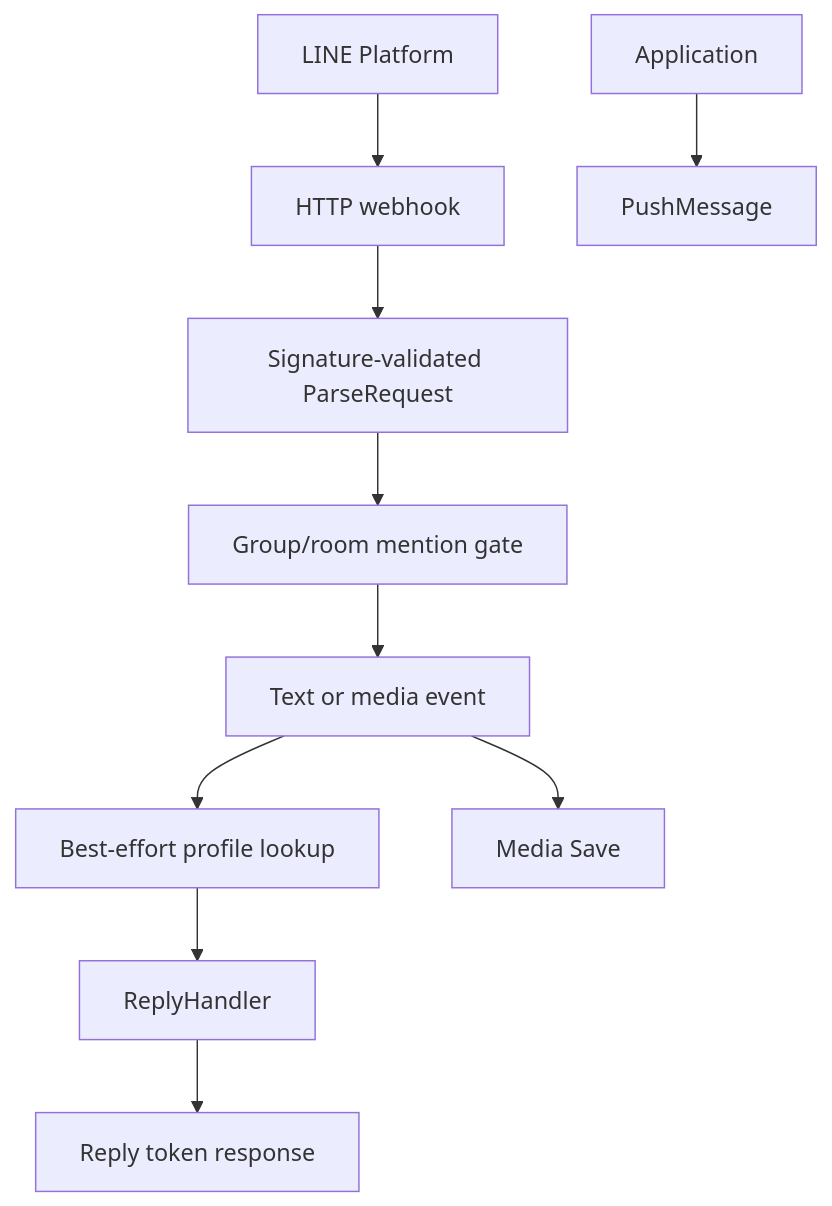
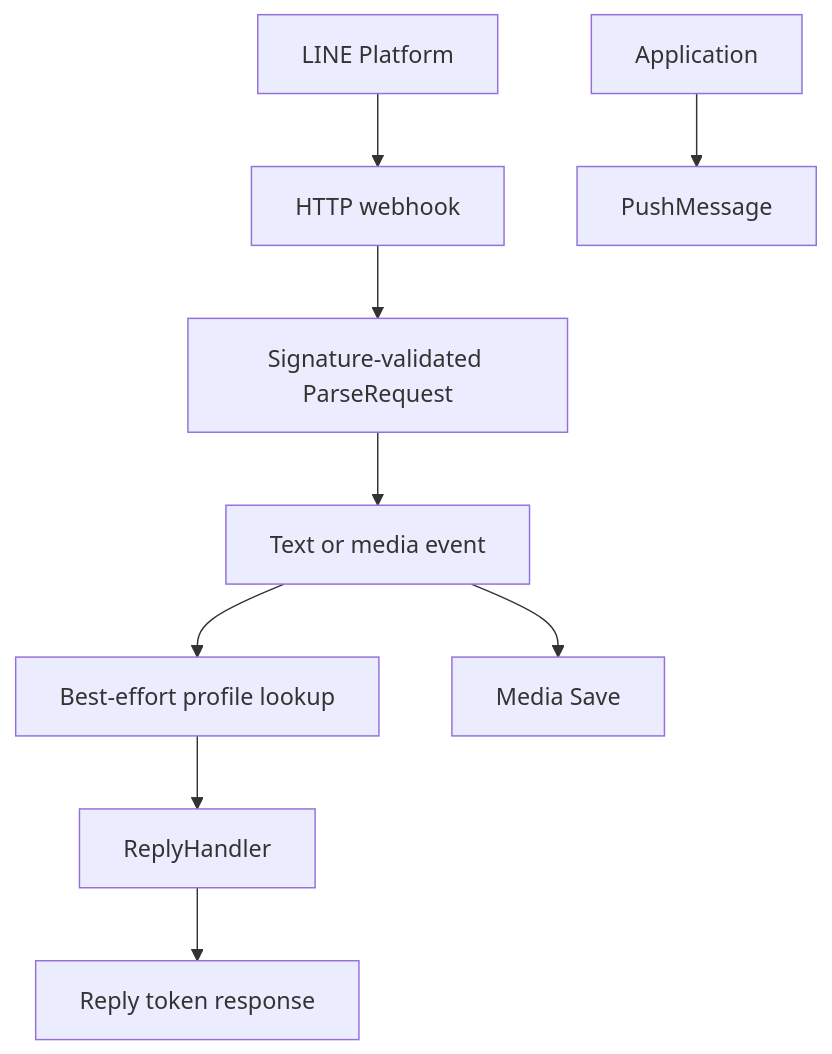
Before and after one commit to pardnchiu/go-bot: the fourth of 6 diagrams in doc/architecture.md, drawn with Mermaid. The commit also changed other lines of this file and 5 other files, not shown here.

Commit message:
doc: Drop TTS and mention-gate documentation that no longer matches the code

````diff
--- a/doc/architecture.md
+++ b/doc/architecture.md
@@ -64,12 +58,11 @@
 ```mermaid
 graph TB
     LINE[LINE Platform] --> Webhook[HTTP webhook]
     Webhook --> Parse[Signature-validated ParseRequest]
-    Parse --> Gate[Group/room mention gate]
-    Gate --> Event[Text or media event]
+    Parse --> Event[Text or media event]
     Event --> Profile[Best-effort profile lookup]
     Profile --> Handler[ReplyHandler]
     Handler --> Reply[Reply token response]
     App[Application] --> Push[PushMessage]
     Event --> Save[Media Save]
 ```
````
